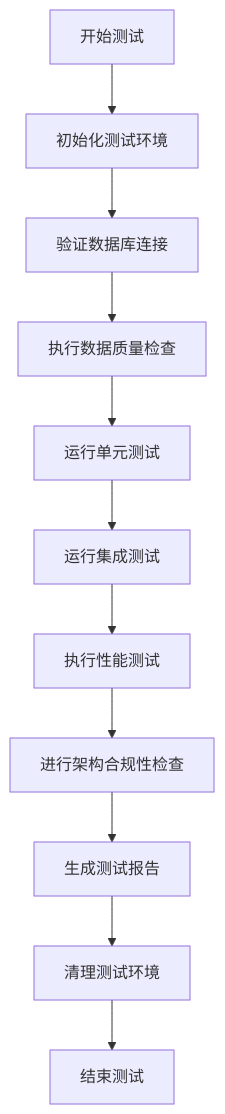
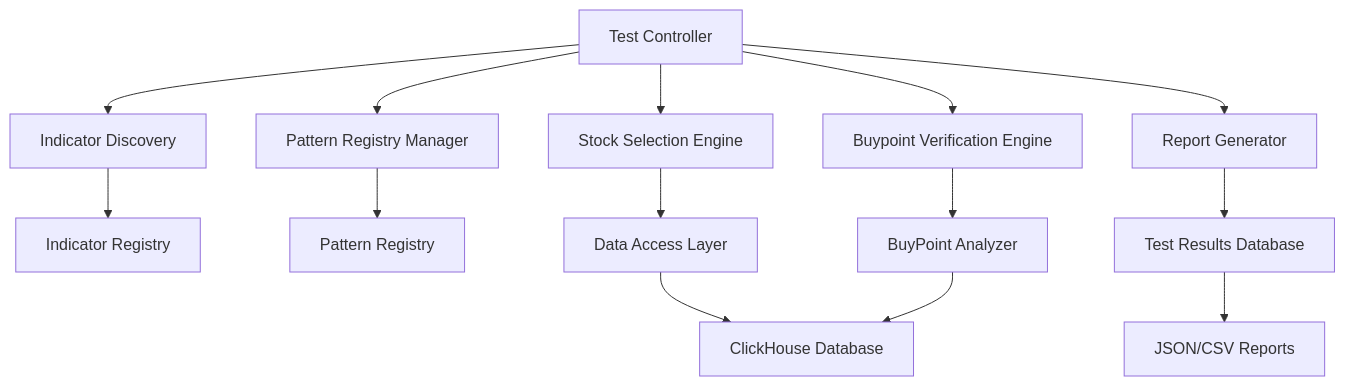
The diagram in .kiro/specs/stock-selection-testing/design.md (HackerChenX/freedom), drawn with Mermaid before and after one commit. The commit also changed other lines of this file and 203 other files, not shown here.

````diff
--- a/.kiro/specs/stock-selection-testing/design.md
+++ b/.kiro/specs/stock-selection-testing/design.md
@@ -628,13 +13,18 @@
 ```mermaid
-graph TD
-    A[开始测试] --> B[初始化测试环境]
-    B --> C[验证数据库连接]
-    C --> D[执行数据质量检查]
-    D --> E[运行单元测试]
-    E --> F[运行集成测试]
-    F --> G[执行性能测试]
-    G --> H[进行架构合规性检查]
-    H --> I[生成测试报告]
-    I --> J[清理测试环境]
-    J --> K[结束测试]
+graph TB
+    A[Test Controller] --> B[Indicator Discovery]
+    A --> C[Pattern Registry Manager]
+    A --> D[Stock Selection Engine]
+    A --> E[Buypoint Verification Engine]
+    A --> F[Report Generator]
+    
+    B --> G[Indicator Registry]
+    C --> H[Pattern Registry]
+    D --> I[Data Access Layer]
+    E --> J[BuyPoint Analyzer]
+    F --> K[Test Results Database]
+    
+    I --> L[ClickHouse Database]
+    J --> L
+    K --> M[JSON/CSV Reports]
 ```
````
